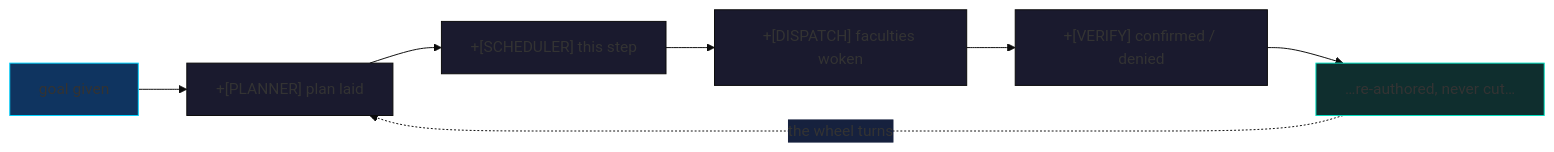
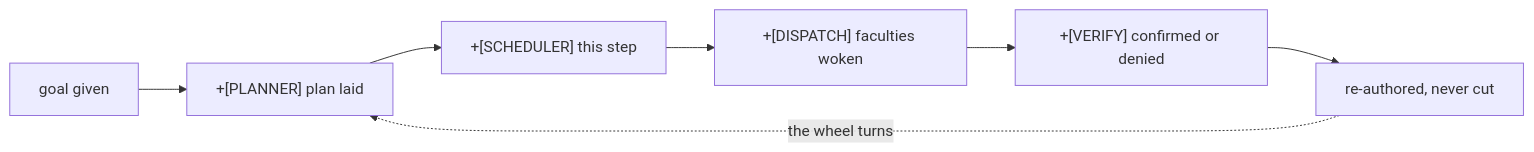
Before and after one commit to wgabrys88/endgame-ai: the second of 3 diagrams in README.md, drawn with Mermaid. The commit also changed other lines of this file, not shown here.

````diff
--- a/README.md
+++ b/README.md
@@ -107,12 +118,9 @@
 ```mermaid
-%%{init: {'theme': 'base', 'themeVariables': {'primaryColor': '#1a1a2e', 'edgeLabelBackground':'#16213e'}}}%%
 graph LR
     G0["goal given"] --> G1["+[PLANNER] plan laid"]
     G1 --> G2["+[SCHEDULER] this step"]
     G2 --> G3["+[DISPATCH] faculties woken"]
-    G3 --> G4["+[VERIFY] confirmed / denied"]
-    G4 --> G5["…re-authored, never cut…"]
+    G3 --> G4["+[VERIFY] confirmed or denied"]
+    G4 --> G5["re-authored, never cut"]
     G5 -.->|the wheel turns| G1
-    style G0 fill:#0f3460,stroke:#00d4ff
-    style G5 fill:#0f2e2e,stroke:#00e0c0
 ```
````
